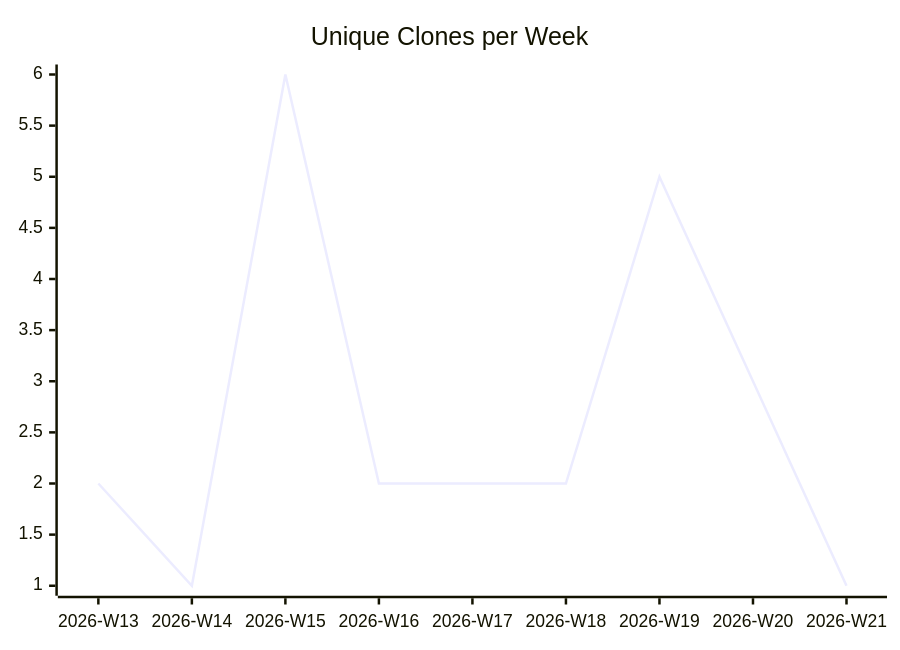
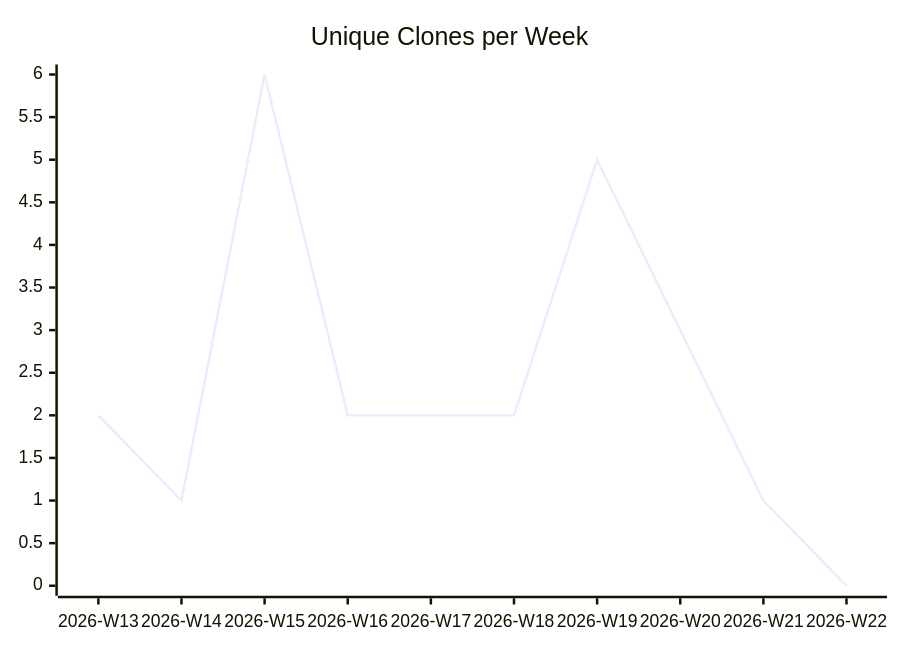
Before and after one commit to justdavis-family/github-analytics-data: the third of 3 diagrams in karlmdavis/m2e-core/README.md, drawn with Mermaid. The commit also changed other lines of this file and 190 other files, not shown here.

````diff
--- a/karlmdavis/m2e-core/README.md
+++ b/karlmdavis/m2e-core/README.md
@@ -19,6 +19,6 @@
 ```mermaid
 xychart-beta
   title "Unique Clones per Week"
-  x-axis ["2026-W13", "2026-W14", "2026-W15", "2026-W16", "2026-W17", "2026-W18", "2026-W19", "2026-W20", "2026-W21"]
-  line [2, 1, 6, 2, 2, 2, 5, 3, 1]
+  x-axis ["2026-W13", "2026-W14", "2026-W15", "2026-W16", "2026-W17", "2026-W18", "2026-W19", "2026-W20", "2026-W21", "2026-W22"]
+  line [2, 1, 6, 2, 2, 2, 5, 3, 1, 0]
 ```
````
